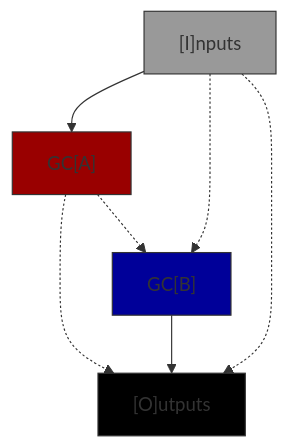
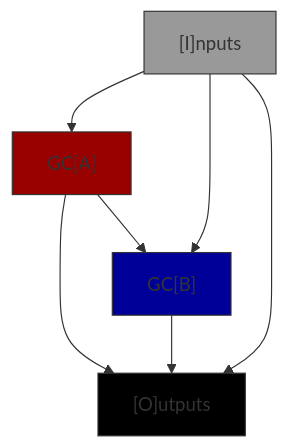
One commit to Shapedsundew9/erasmus-gp changed the first of 3 diagrams in egppy/egppy/gc_graph/docs/graph.md. Above: the diagram before and after it, drawn with Mermaid. The commit also changed other lines of this file and 47 other files, not shown here.

````diff
--- a/egppy/egppy/gc_graph/docs/graph.md
+++ b/egppy/egppy/gc_graph/docs/graph.md
@@ -54,23 +55,22 @@
 ```mermaid
 %% Standard GC
 flowchart TB
     I["[I]nputs"]
     A["GC[A]"]
     B["GC[B]"]
     O["[O]utputs"]
-    A -.-> O
-    I --> A -.-> B --> O
-    I -.-> B
-    I -.-> O
-    
+    A --> O
+    I --> A --> B --> O
+    I --> B
+    I --> O
     
 classDef Icd fill:#999,stroke:#333,stroke-width:1px
 classDef Acd fill:#900,stroke:#333,stroke-width:1px
 classDef Bcd fill:#009,stroke:#333,stroke-width:1px
 classDef Ocd fill:#000,stroke:#333,stroke-width:1px
 
 class I Icd
 class A Acd
 class B Bcd
 class O Ocd
 ```
````
